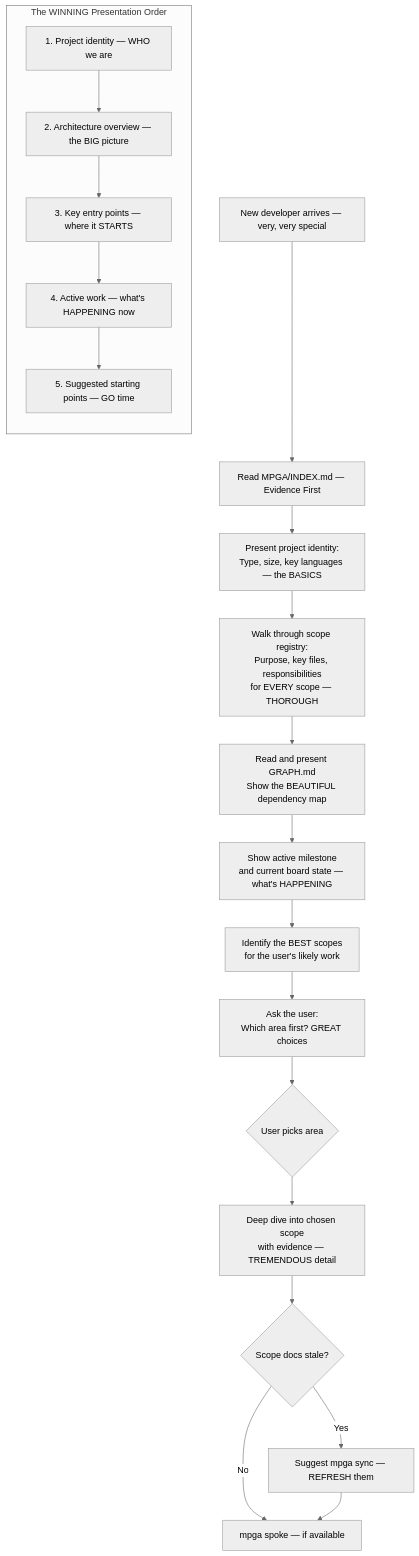
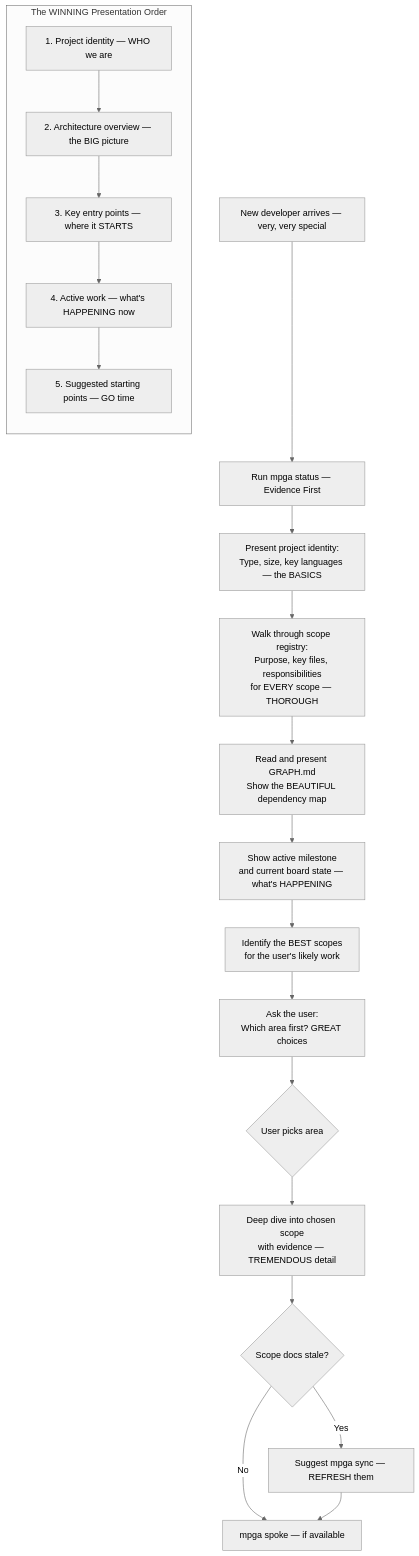
One commit to benrben/MPGA changed the diagram in docs/diagrams/skills/onboard.md. Above: the diagram before and after it, drawn with Mermaid (neutral theme). The commit also changed other lines of this file and 278 other files, not shown here.

````diff
--- a/docs/diagrams/skills/onboard.md
+++ b/docs/diagrams/skills/onboard.md
@@ -5,28 +5,28 @@
 ```mermaid
 flowchart TD
-    A[New developer arrives — very, very special] --> B[Read MPGA/INDEX.md — Evidence First]
+    A[New developer arrives — very, very special] --> B[Run mpga status — Evidence First]
     B --> C["Present project identity:\nType, size, key languages — the BASICS"]
     C --> D["Walk through scope registry:\nPurpose, key files, responsibilities\nfor EVERY scope — THOROUGH"]
     D --> E[Read and present GRAPH.md\nShow the BEAUTIFUL dependency map]
     E --> F["Show active milestone\nand current board state — what's HAPPENING"]
     F --> G["Identify the BEST scopes\nfor the user's likely work"]
     G --> H["Ask the user:\nWhich area first? GREAT choices"]
 
     H --> I{User picks area}
     I --> J[Deep dive into chosen scope\nwith evidence — TREMENDOUS detail]
 
     subgraph "The WINNING Presentation Order"
         direction TB
         P1["1. Project identity — WHO we are"]
         P2["2. Architecture overview — the BIG picture"]
         P3["3. Key entry points — where it STARTS"]
         P4["4. Active work — what's HAPPENING now"]
         P5["5. Suggested starting points — GO time"]
         P1 --> P2 --> P3 --> P4 --> P5
     end
 
     J --> K{Scope docs stale?}
     K -->|Yes| L[Suggest mpga sync — REFRESH them]
     K -->|No| M[mpga spoke — if available]
     L --> M
 ```
````
